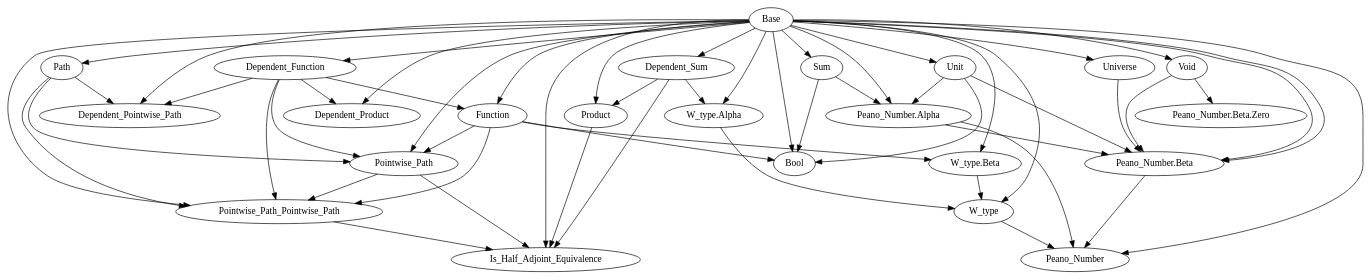
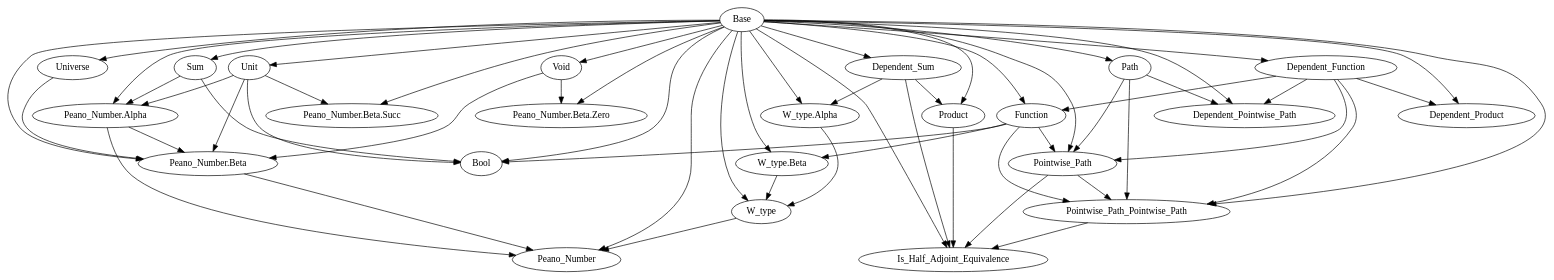
The diagram in libraries/dependencies.gv (Hexirp/googology-in-coq), drawn with Graphviz before and after one commit. The commit also changed 4 other files, not shown here.

Commit message:
Add: Peano_Number.Beta.Succ を

```diff
--- a/libraries/dependencies.gv
+++ b/libraries/dependencies.gv
@@ -1,80 +1,83 @@
 digraph Dependencies {
   # Base
   # Dependent_Function
   "Base" -> "Dependent_Function";
   # Function
   "Base" -> "Function";
   "Dependent_Function" -> "Function";
   # Dependent_Product
   "Base" -> "Dependent_Product";
   "Dependent_Function" -> "Dependent_Product";
   # Dependent_Sum
   "Base" -> "Dependent_Sum";
   # Product
   "Base" -> "Product";
   "Dependent_Sum" -> "Product";
   # Sum
   "Base" -> "Sum";
   # Unit
   "Base" -> "Unit";
   # Void
   "Base" -> "Void";
   # W_type.Alpha
   "Base" -> "W_type.Alpha";
   "Dependent_Sum" -> "W_type.Alpha";
   # W_type.Beta
   "Base" -> "W_type.Beta";
   "Function" -> "W_type.Beta";
   # W_type
   "Base" -> "W_type";
   "W_type.Alpha" -> "W_type";
   "W_type.Beta" -> "W_type";
   # Universe
   "Base" -> "Universe";
   # Path
   "Base" -> "Path";
   # Dependent_Pointwise_Path
   "Base" -> "Dependent_Pointwise_Path";
   "Dependent_Function" -> "Dependent_Pointwise_Path";
   "Path" -> "Dependent_Pointwise_Path";
   # Pointwise_Path
   "Base" -> "Pointwise_Path";
   "Dependent_Function" -> "Pointwise_Path";
   "Function" -> "Pointwise_Path";
   "Path" -> "Pointwise_Path";
   # Pointwise_Path_Pointwise_Path
   "Base" -> "Pointwise_Path_Pointwise_Path";
   "Dependent_Function" -> "Pointwise_Path_Pointwise_Path";
   "Function" -> "Pointwise_Path_Pointwise_Path";
   "Path" -> "Pointwise_Path_Pointwise_Path";
   "Pointwise_Path" -> "Pointwise_Path_Pointwise_Path";
   # Is_Half_Adjoint_Equivalence
   "Base" -> "Is_Half_Adjoint_Equivalence";
   "Dependent_Sum" -> "Is_Half_Adjoint_Equivalence";
   "Product" -> "Is_Half_Adjoint_Equivalence";
   "Pointwise_Path" -> "Is_Half_Adjoint_Equivalence";
   "Pointwise_Path_Pointwise_Path" -> "Is_Half_Adjoint_Equivalence";
   # Bool
   "Base" -> "Bool";
   "Function" -> "Bool";
   "Sum" -> "Bool";
   "Unit" -> "Bool";
   # Peano_Number.Alpha
   "Base" -> "Peano_Number.Alpha";
   "Sum" -> "Peano_Number.Alpha";
   "Unit" -> "Peano_Number.Alpha";
   # Peano_Number.Beta.Zero
-  "Base" -> "Peano_Number.Beta";
+  "Base" -> "Peano_Number.Beta.Zero";
   "Void" -> "Peano_Number.Beta.Zero";
+  # Peano_Number.Beta.Succ
+  "Base" -> "Peano_Number.Beta.Succ";
+  "Unit" -> "Peano_Number.Beta.Succ";
   # Peano_Number.Beta
   "Base" -> "Peano_Number.Beta";
   "Void" -> "Peano_Number.Beta";
   "Unit" -> "Peano_Number.Beta";
   "Universe" -> "Peano_Number.Beta";
   "Peano_Number.Alpha" -> "Peano_Number.Beta";
   # Peano_Number
   "Base" -> "Peano_Number";
   "W_type" -> "Peano_Number";
   "Peano_Number.Alpha" -> "Peano_Number";
   "Peano_Number.Beta" -> "Peano_Number";
 }
```
